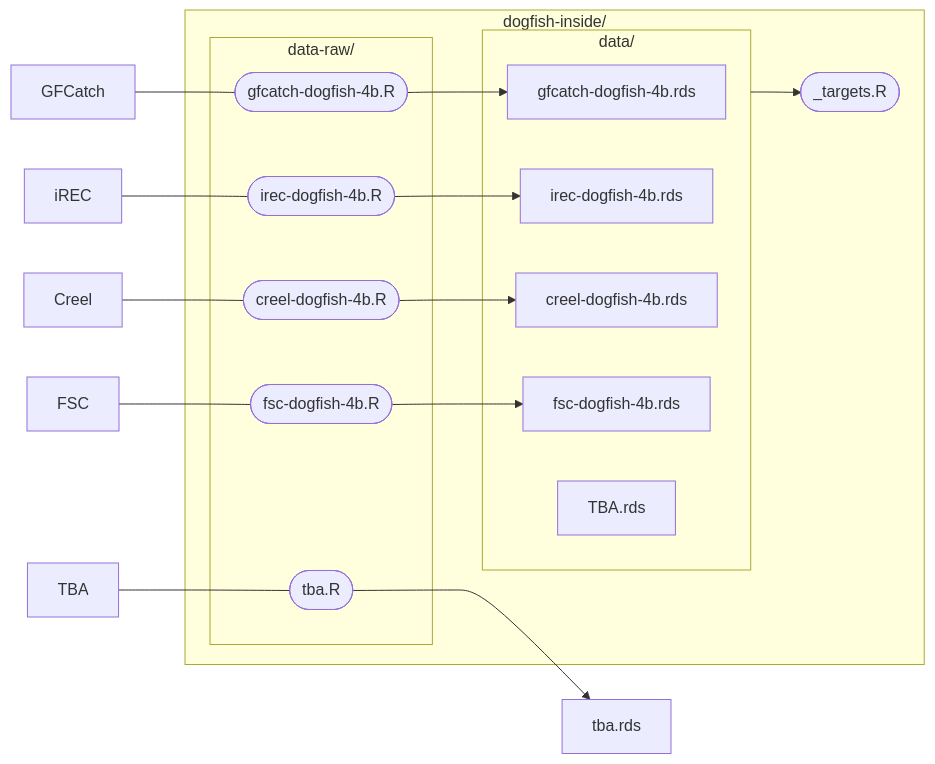
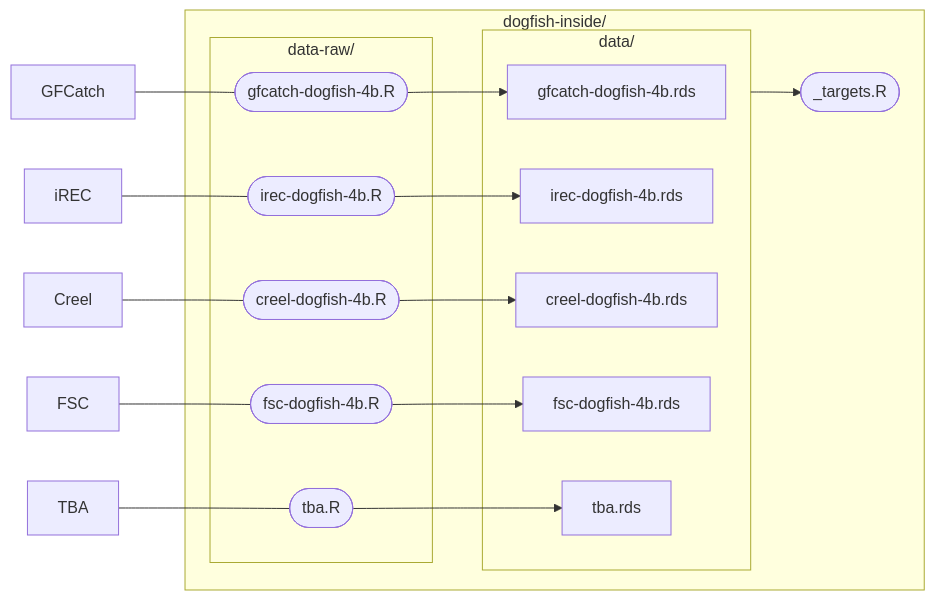
Before and after one commit to pbs-assess/dogfish-inside: the diagram in README.Rmd, drawn with Mermaid. The commit also changed 1 other file, not shown here.

Commit message:
fixed flowchart node

````diff
--- a/README.Rmd
+++ b/README.Rmd
@@ -41,27 +41,27 @@
 ```{mermaid} 
 flowchart LR
   subgraph dogfish-inside/
     _targets.R(["_targets.R"])
     subgraph data-raw/
       gfcatch-dogfish-4b.R(["gfcatch-dogfish-4b.R"])
       irec-dogfish-4b.R(["irec-dogfish-4b.R"])
       creel-dogfish-4b.R(["creel-dogfish-4b.R"])
       fsc-dogfish-4b.R(["fsc-dogfish-4b.R"])
       tba.R(["tba.R"])
     end
     subgraph data/
       gfcatch-dogfish-4b.rds
       irec-dogfish-4b.rds
       creel-dogfish-4b.rds
       fsc-dogfish-4b.rds
-      TBA.rds
+      tba.rds
     end
   end
   data/-->_targets.R
   GFCatch---gfcatch-dogfish-4b.R-->gfcatch-dogfish-4b.rds
   iREC---irec-dogfish-4b.R-->irec-dogfish-4b.rds
   Creel---creel-dogfish-4b.R-->creel-dogfish-4b.rds
   FSC---fsc-dogfish-4b.R-->fsc-dogfish-4b.rds
   TBA---tba.R-->tba.rds
 
 ```
````
